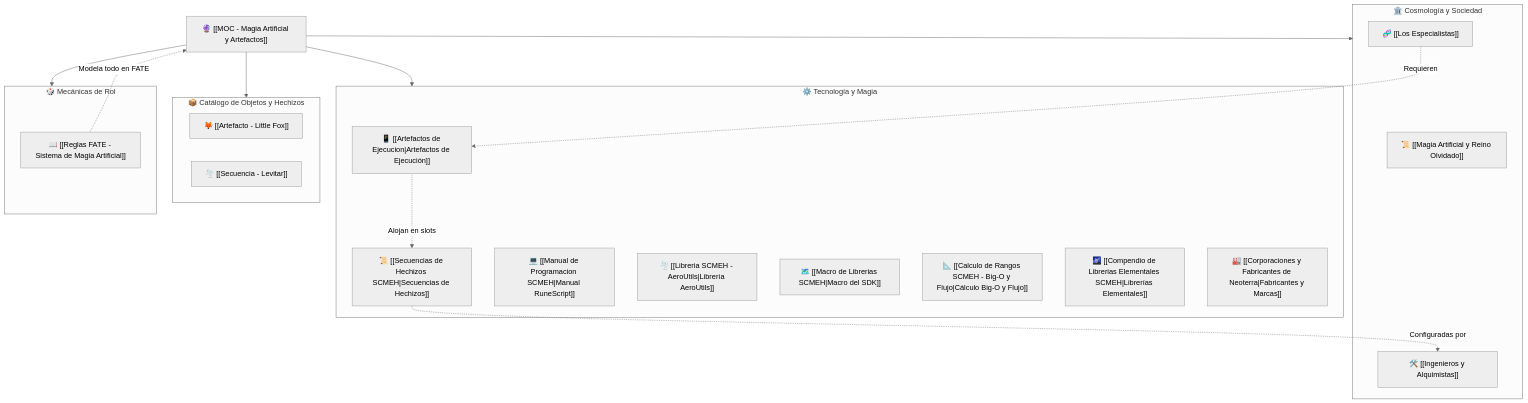
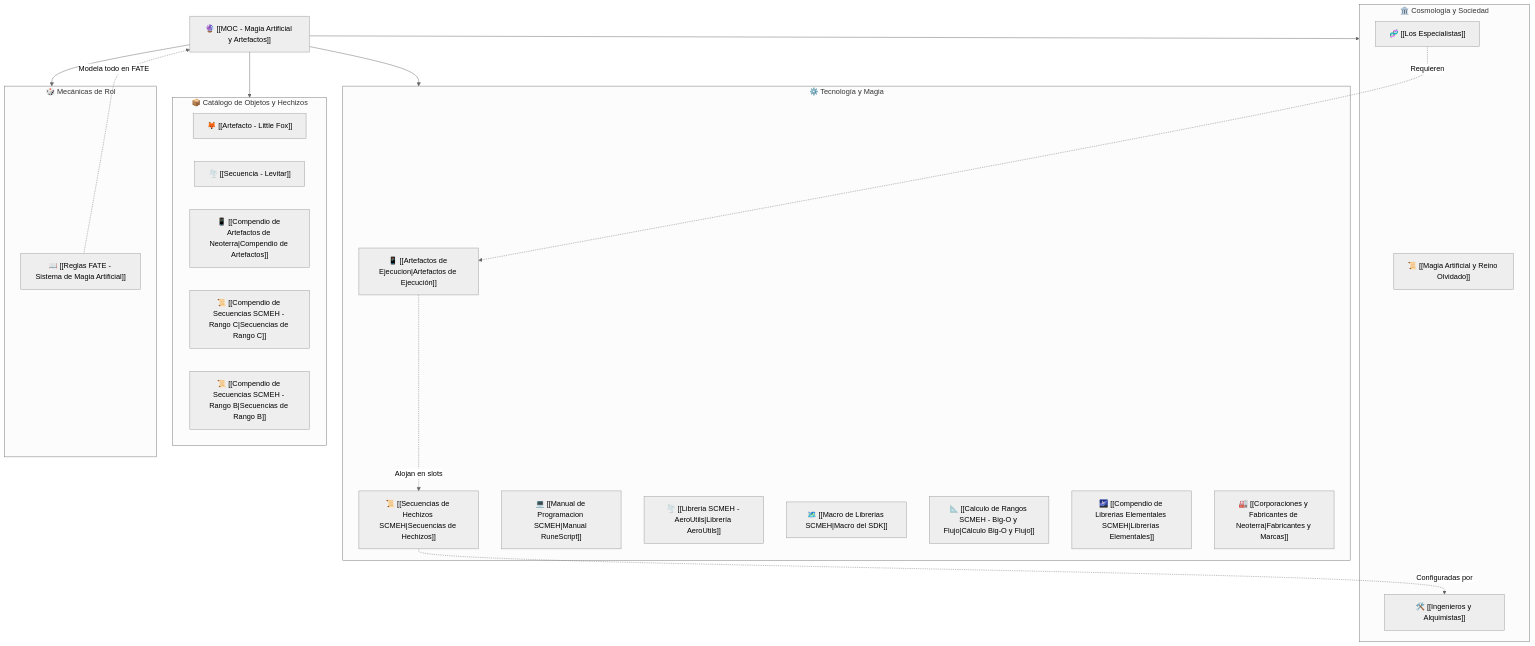
The diagram in Magia_Artificial_FATE/00_MOCs/MOC - Magia Artificial y Artefactos.md (Gimsper/NeoterraVault), drawn with Mermaid (neutral theme) before and after one commit. The commit also changed other lines of this file and 48 other files, not shown here.

````diff
--- a/Magia_Artificial_FATE/00_MOCs/MOC - Magia Artificial y Artefactos.md
+++ b/Magia_Artificial_FATE/00_MOCs/MOC - Magia Artificial y Artefactos.md
@@ -27,40 +27,43 @@
 ```mermaid
 flowchart TD
     MOC["🔮 [[MOC - Magia Artificial y Artefactos]]"]
     
     subgraph LoreYCosmologia ["🏛️ Cosmología y Sociedad"]
         L1["📜 [[Magia Artificial y Reino Olvidado]]"]
         L2["🧬 [[Los Especialistas]]"]
         L3["🛠️ [[Ingenieros y Alquimistas]]"]
     end
 
     subgraph TecnologiaYMagia ["⚙️ Tecnología y Magia"]
         T1["📱 [[Artefactos de Ejecucion|Artefactos de Ejecución]]"]
         T2["📜 [[Secuencias de Hechizos SCMEH|Secuencias de Hechizos]]"]
         T3["💻 [[Manual de Programacion SCMEH|Manual RuneScript]]"]
         T4["🌪️ [[Libreria SCMEH - AeroUtils|Librería AeroUtils]]"]
         T5["🗺️ [[Macro de Librerias SCMEH|Macro del SDK]]"]
         T6["📐 [[Calculo de Rangos SCMEH - Big-O y Flujo|Cálculo Big-O y Flujo]]"]
         T7["🌌 [[Compendio de Librerias Elementales SCMEH|Librerías Elementales]]"]
         T8["🏭 [[Corporaciones y Fabricantes de Neoterra|Fabricantes y Marcas]]"]
     end
 
     subgraph Catalogo ["📦 Catálogo de Objetos y Hechizos"]
         O1["🦊 [[Artefacto - Little Fox]]"]
         O2["🌪️ [[Secuencia - Levitar]]"]
+        O3["📱 [[Compendio de Artefactos de Neoterra|Compendio de Artefactos]]"]
+        O4["📜 [[Compendio de Secuencias SCMEH - Rango C|Secuencias de Rango C]]"]
+        O5["📜 [[Compendio de Secuencias SCMEH - Rango B|Secuencias de Rango B]]"]
     end
 
     subgraph SistemaJuego ["🎲 Mecánicas de Rol"]
         R1["📖 [[Reglas FATE - Sistema de Magia Artificial]]"]
     end
 
     MOC --> LoreYCosmologia
     MOC --> TecnologiaYMagia
     MOC --> Catalogo
     MOC --> SistemaJuego
     
     L2 -.->|Requieren| T1
     T1 -.->|Alojan en slots| T2
     T2 -.->|Configuradas por| L3
     R1 -.->|Modela todo en FATE| MOC
 ```
````
